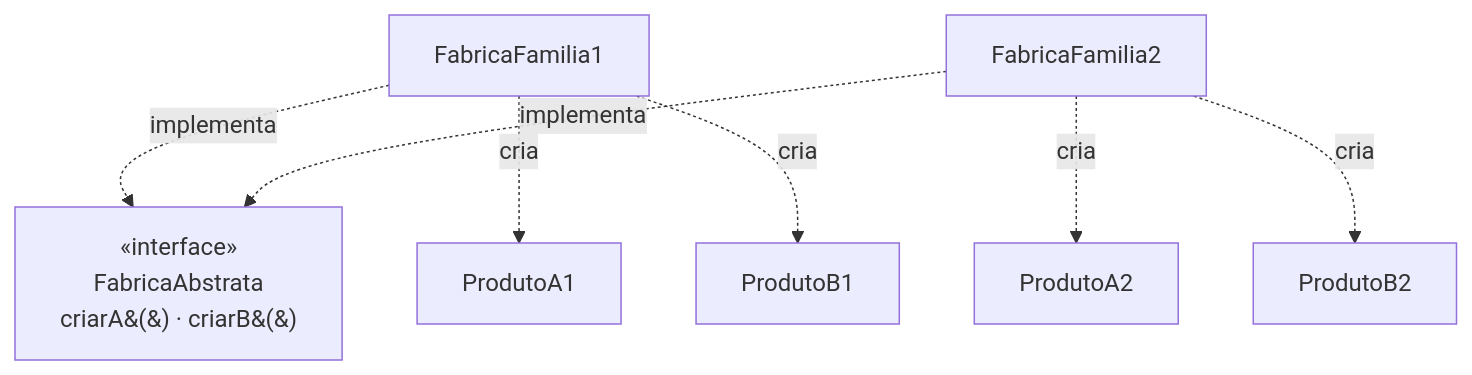
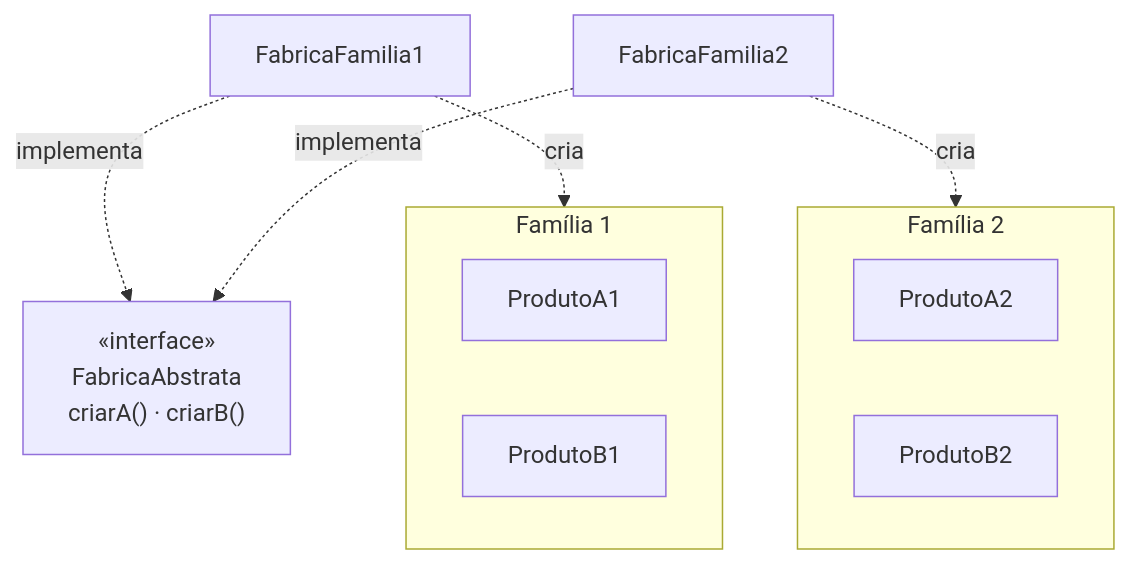
The diagram in docs/03-design-patterns/abstract-factory.md (oadcavalcante/software-architecture-mastery), drawn with Mermaid before and after one commit. The commit also changed 27 other files, not shown here.

First line of the commit message:
diagramas: parenteses renderizando como &(&) e largura ilegivel no telefone

````diff
--- a/docs/03-design-patterns/abstract-factory.md
+++ b/docs/03-design-patterns/abstract-factory.md
@@ -47,8 +47,16 @@
 ```mermaid
 graph TB
-  AF["«interface»<br/>FabricaAbstrata<br/>criarA&#40;&#41; · criarB&#40;&#41;"]
+  AF["«interface»<br/>FabricaAbstrata<br/>criarA() · criarB()"]
   F1[FabricaFamilia1] -.implementa.-> AF
   F2[FabricaFamilia2] -.implementa.-> AF
-  F1 -.cria.-> A1[ProdutoA1] & B1[ProdutoB1]
-  F2 -.cria.-> A2[ProdutoA2] & B2[ProdutoB2]
+  F1 -.cria.-> P1
+  F2 -.cria.-> P2
+  subgraph P1[Família 1]
+    A1[ProdutoA1]
+    B1[ProdutoB1]
+  end
+  subgraph P2[Família 2]
+    A2[ProdutoA2]
+    B2[ProdutoB2]
+  end
 ```
````
